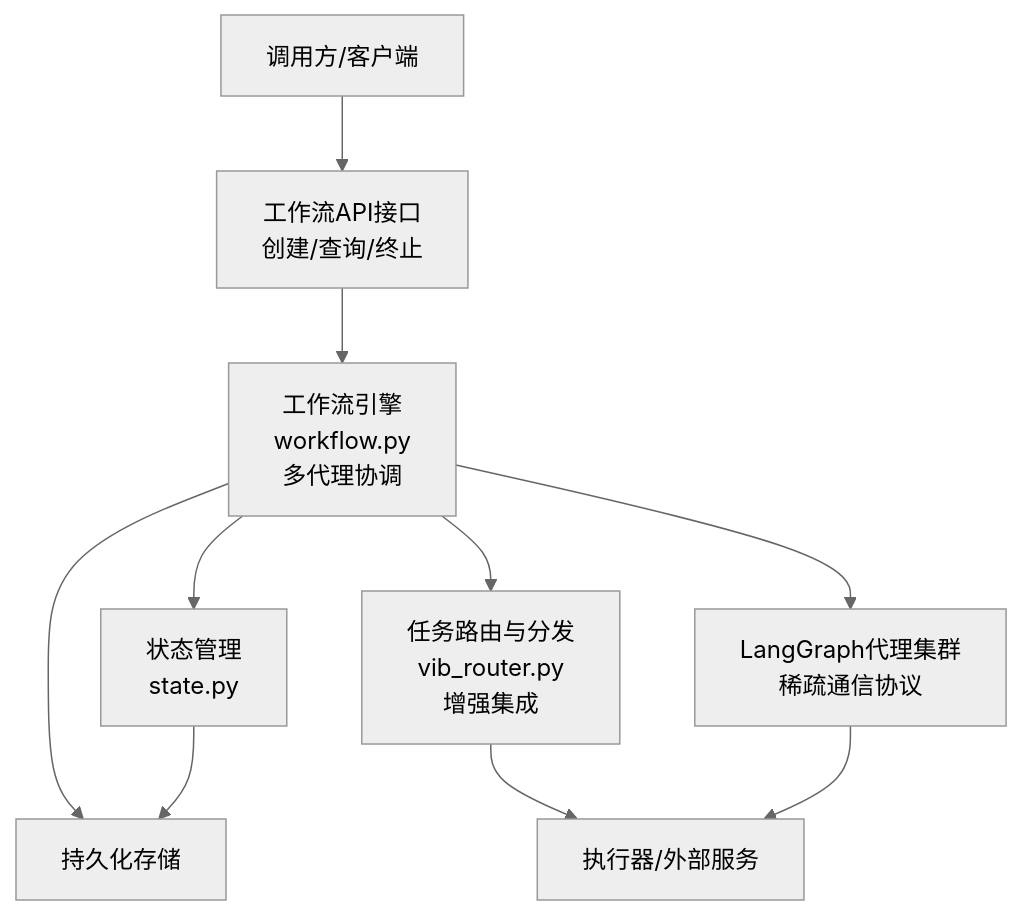
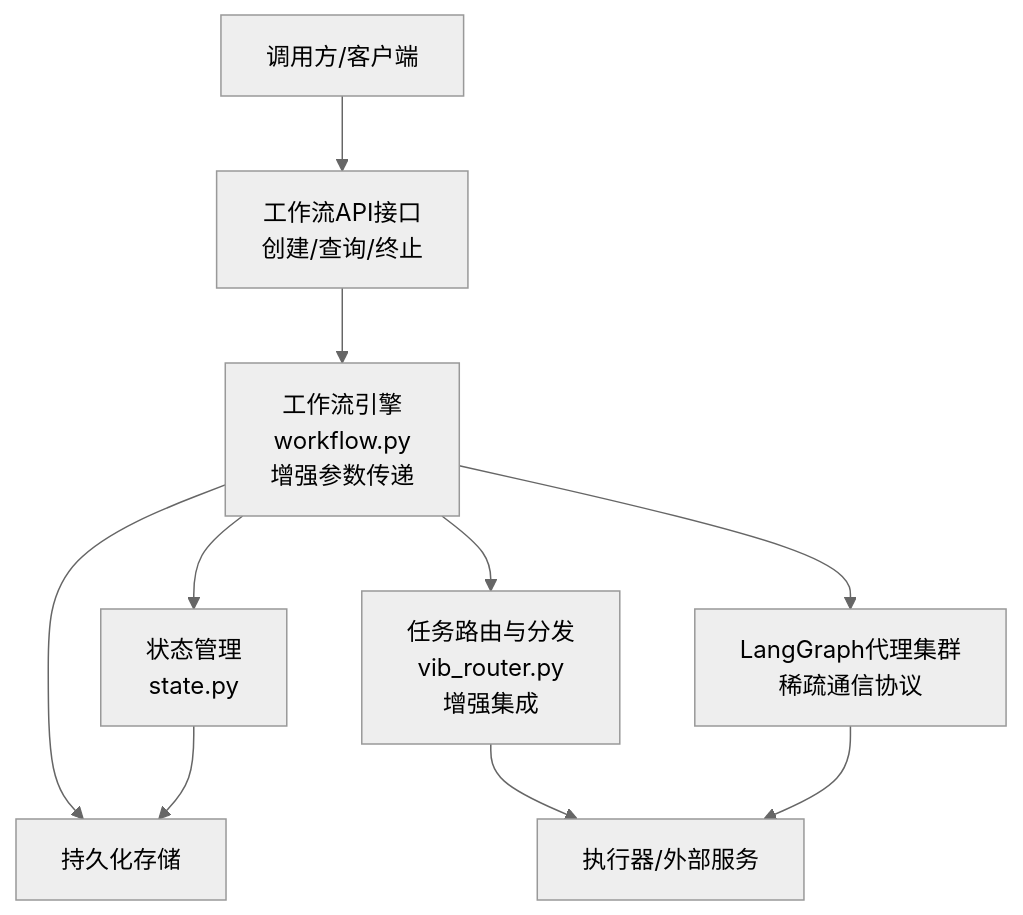
The second of 6 diagrams in .qoder/repowiki/zh/content/核心架构/工作流引擎.md (QuStarry/VIB-SparseCommunication), drawn with Mermaid (neutral theme) before and after one commit. The commit also changed other lines of this file and 31 other files, not shown here.

````diff
--- a/.qoder/repowiki/zh/content/核心架构/工作流引擎.md
+++ b/.qoder/repowiki/zh/content/核心架构/工作流引擎.md
@@ -93,20 +93,20 @@
 ```mermaid
 graph TB
 Client["调用方/客户端"]
 API["工作流API接口<br/>创建/查询/终止"]
-Engine["工作流引擎<br/>workflow.py<br/>多代理协调"]
+Engine["工作流引擎<br/>workflow.py<br/>增强参数传递"]
 State["状态管理<br/>state.py"]
 Router["任务路由与分发<br/>vib_router.py<br/>增强集成"]
 Agents["LangGraph代理集群<br/>稀疏通信协议"]
 Executors["执行器/外部服务"]
 Store["持久化存储"]
 Client --> API
 API --> Engine
 Engine --> State
 Engine --> Router
 Engine --> Agents
 Router --> Executors
 Agents --> Executors
 Engine --> Store
 State --> Store
 ```
````
